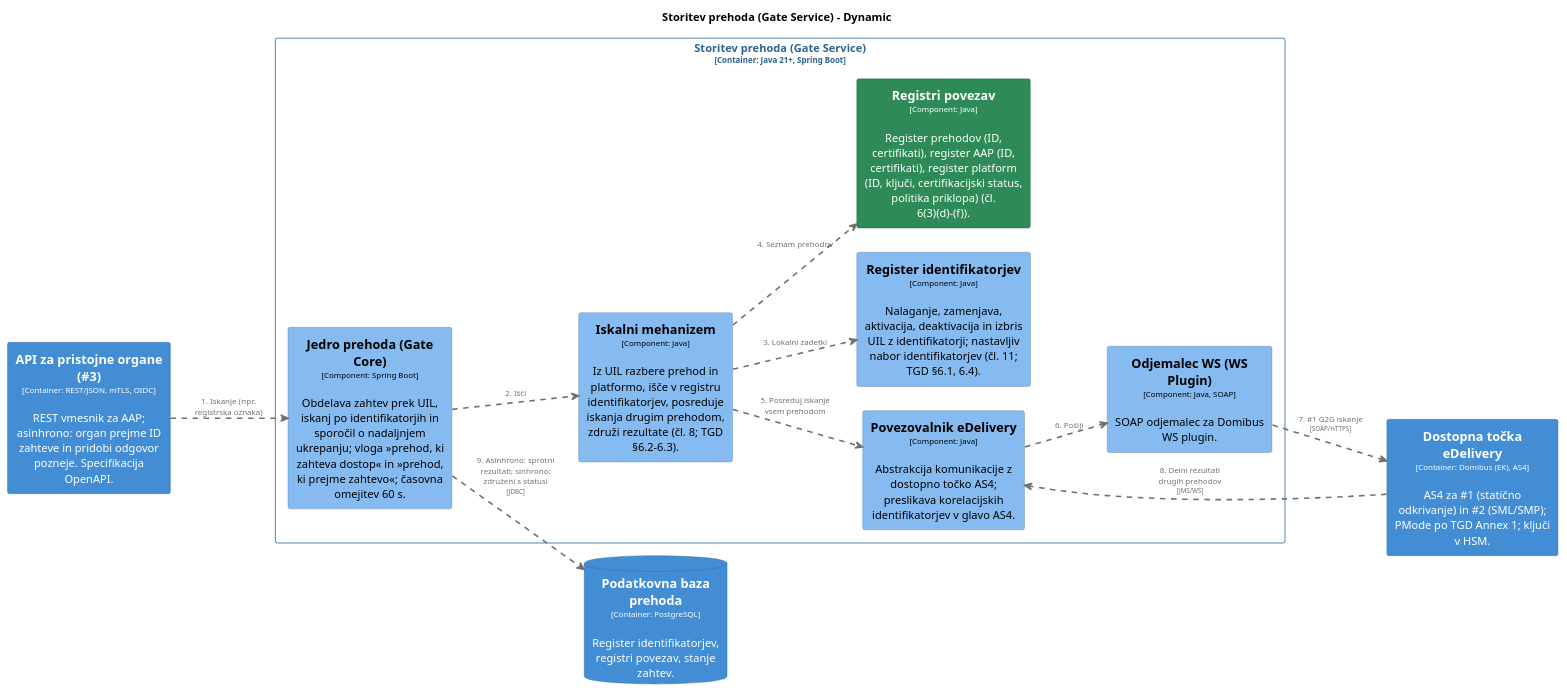
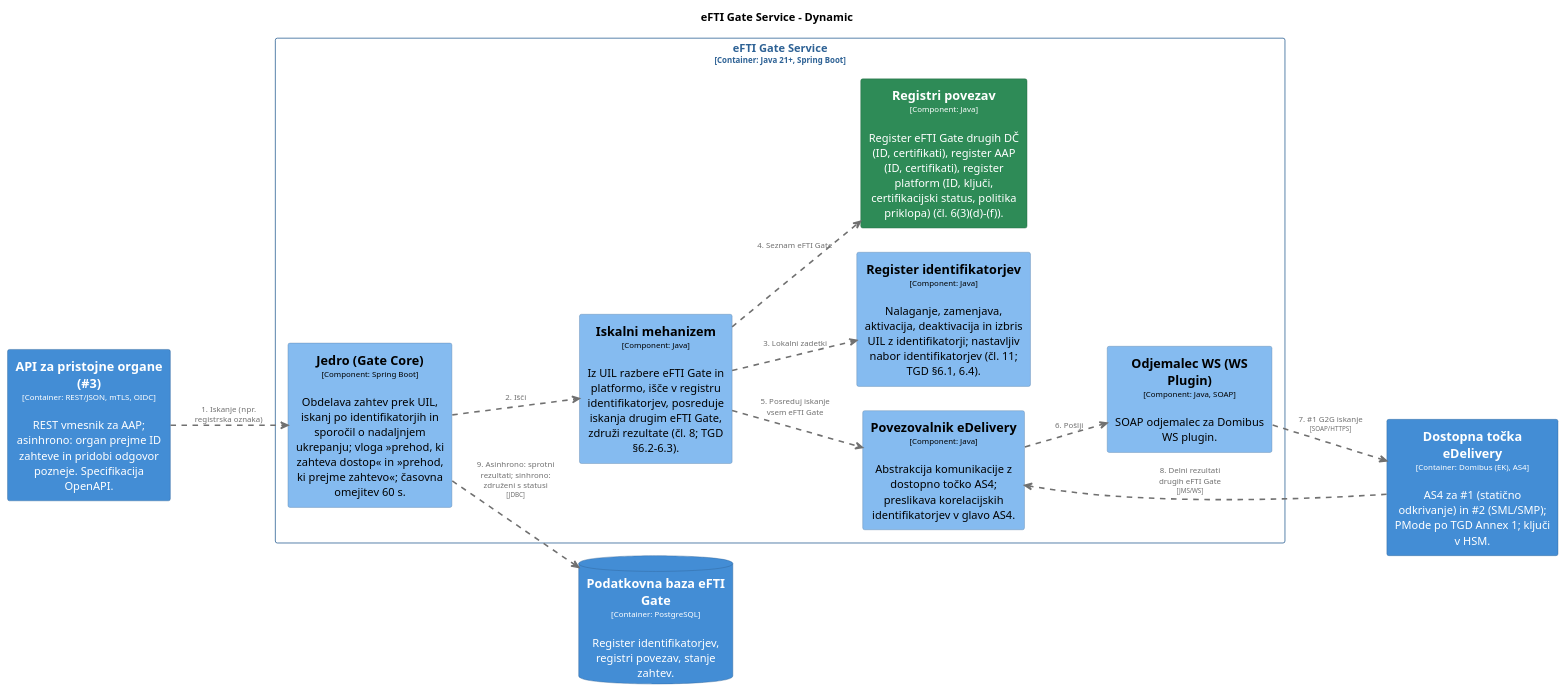
One commit to UM-KGPI/eFTI-Gate-SI changed the diagram in architecture/diagrams/structurizr-D3-Iskanje-po-identifikatorjih.puml. Above: the diagram before and after it, drawn with PlantUML. The commit also changed 24 other files, not shown here.

First line of the commit message:
C4: enotno ime "eFTI Gate" v diagramih

```diff
--- a/architecture/diagrams/structurizr-D3-Iskanje-po-identifikatorjih.puml
+++ b/architecture/diagrams/structurizr-D3-Iskanje-po-identifikatorjih.puml
@@ -1,100 +1,100 @@
 @startuml
 set separator none
-title Storitev prehoda (Gate Service) - Dynamic
+title eFTI Gate Service - Dynamic
 
 left to right direction
 skinparam ranksep 60
 skinparam nodesep 30
 
 skinparam {
   arrowFontSize 10
   defaultTextAlignment center
   wrapWidth 200
   maxMessageSize 100
 }
 
 hide stereotype
 
-skinparam rectangle<<SlovenskiprehodeFTI.APIzapristojneorgane3>> {
+skinparam rectangle<<eFTIGate.APIzapristojneorgane3>> {
   BackgroundColor #438dd5
   FontColor #ffffff
   BorderColor #2e6295
   shadowing false
 }
-skinparam rectangle<<SlovenskiprehodeFTI.DostopnatočkaeDelivery>> {
+skinparam rectangle<<eFTIGate.DostopnatočkaeDelivery>> {
   BackgroundColor #438dd5
   FontColor #ffffff
   BorderColor #2e6295
   shadowing false
 }
-skinparam rectangle<<SlovenskiprehodeFTI.StoritevprehodaGateService.Iskalnimehanizem>> {
+skinparam rectangle<<eFTIGate.eFTIGateService.Iskalnimehanizem>> {
   BackgroundColor #85bbf0
   FontColor #000000
   BorderColor #5d82a8
   shadowing false
 }
-skinparam rectangle<<SlovenskiprehodeFTI.StoritevprehodaGateService.JedroprehodaGateCore>> {
+skinparam rectangle<<eFTIGate.eFTIGateService.JedroGateCore>> {
   BackgroundColor #85bbf0
   FontColor #000000
   BorderColor #5d82a8
   shadowing false
 }
-skinparam rectangle<<SlovenskiprehodeFTI.StoritevprehodaGateService.OdjemalecWSWSPlugin>> {
+skinparam rectangle<<eFTIGate.eFTIGateService.OdjemalecWSWSPlugin>> {
   BackgroundColor #85bbf0
   FontColor #000000
   BorderColor #5d82a8
   shadowing false
 }
-skinparam database<<SlovenskiprehodeFTI.Podatkovnabazaprehoda>> {
+skinparam database<<eFTIGate.PodatkovnabazaeFTIGate>> {
   BackgroundColor #438dd5
   FontColor #ffffff
   BorderColor #2e6295
   shadowing false
 }
-skinparam rectangle<<SlovenskiprehodeFTI.StoritevprehodaGateService.PovezovalnikeDelivery>> {
+skinparam rectangle<<eFTIGate.eFTIGateService.PovezovalnikeDelivery>> {
   BackgroundColor #85bbf0
   FontColor #000000
   BorderColor #5d82a8
   shadowing false
 }
-skinparam rectangle<<SlovenskiprehodeFTI.StoritevprehodaGateService.Registeridentifikatorjev>> {
+skinparam rectangle<<eFTIGate.eFTIGateService.Registeridentifikatorjev>> {
   BackgroundColor #85bbf0
   FontColor #000000
   BorderColor #5d82a8
   shadowing false
 }
-skinparam rectangle<<SlovenskiprehodeFTI.StoritevprehodaGateService.Registripovezav>> {
+skinparam rectangle<<eFTIGate.eFTIGateService.Registripovezav>> {
   BackgroundColor #2e8b57
   FontColor #ffffff
   BorderColor #20613c
   shadowing false
 }
-skinparam rectangle<<SlovenskiprehodeFTI.StoritevprehodaGateService>> {
+skinparam rectangle<<eFTIGate.eFTIGateService>> {
   BorderColor #2e6295
   FontColor #2e6295
   shadowing false
 }
 
-rectangle "Storitev prehoda (Gate Service)\n<size:10>[Container: Java 21+, Spring Boot]</size>" <<SlovenskiprehodeFTI.StoritevprehodaGateService>> {
-  rectangle "==Povezovalnik eDelivery\n<size:10>[Component: Java]</size>\n\nAbstrakcija komunikacije z dostopno točko AS4; preslikava korelacijskih identifikatorjev v glavo AS4." <<SlovenskiprehodeFTI.StoritevprehodaGateService.PovezovalnikeDelivery>> as SlovenskiprehodeFTI.StoritevprehodaGateService.PovezovalnikeDelivery
-  rectangle "==Odjemalec WS (WS Plugin)\n<size:10>[Component: Java, SOAP]</size>\n\nSOAP odjemalec za Domibus WS plugin." <<SlovenskiprehodeFTI.StoritevprehodaGateService.OdjemalecWSWSPlugin>> as SlovenskiprehodeFTI.StoritevprehodaGateService.OdjemalecWSWSPlugin
-  rectangle "==Jedro prehoda (Gate Core)\n<size:10>[Component: Spring Boot]</size>\n\nObdelava zahtev prek UIL, iskanj po identifikatorjih in sporočil o nadaljnjem ukrepanju; vloga »prehod, ki zahteva dostop« in »prehod, ki prejme zahtevo«; časovna omejitev 60 s." <<SlovenskiprehodeFTI.StoritevprehodaGateService.JedroprehodaGateCore>> as SlovenskiprehodeFTI.StoritevprehodaGateService.JedroprehodaGateCore
-  rectangle "==Iskalni mehanizem\n<size:10>[Component: Java]</size>\n\nIz UIL razbere prehod in platformo, išče v registru identifikatorjev, posreduje iskanja drugim prehodom, združi rezultate (čl. 8; TGD §6.2–6.3)." <<SlovenskiprehodeFTI.StoritevprehodaGateService.Iskalnimehanizem>> as SlovenskiprehodeFTI.StoritevprehodaGateService.Iskalnimehanizem
-  rectangle "==Register identifikatorjev\n<size:10>[Component: Java]</size>\n\nNalaganje, zamenjava, aktivacija, deaktivacija in izbris UIL z identifikatorji; nastavljiv nabor identifikatorjev (čl. 11; TGD §6.1, 6.4)." <<SlovenskiprehodeFTI.StoritevprehodaGateService.Registeridentifikatorjev>> as SlovenskiprehodeFTI.StoritevprehodaGateService.Registeridentifikatorjev
-  rectangle "==Registri povezav\n<size:10>[Component: Java]</size>\n\nRegister prehodov (ID, certifikati), register AAP (ID, certifikati), register platform (ID, ključi, certifikacijski status, politika priklopa) (čl. 6(3)(d)–(f))." <<SlovenskiprehodeFTI.StoritevprehodaGateService.Registripovezav>> as SlovenskiprehodeFTI.StoritevprehodaGateService.Registripovezav
+rectangle "eFTI Gate Service\n<size:10>[Container: Java 21+, Spring Boot]</size>" <<eFTIGate.eFTIGateService>> {
+  rectangle "==Povezovalnik eDelivery\n<size:10>[Component: Java]</size>\n\nAbstrakcija komunikacije z dostopno točko AS4; preslikava korelacijskih identifikatorjev v glavo AS4." <<eFTIGate.eFTIGateService.PovezovalnikeDelivery>> as eFTIGate.eFTIGateService.PovezovalnikeDelivery
+  rectangle "==Odjemalec WS (WS Plugin)\n<size:10>[Component: Java, SOAP]</size>\n\nSOAP odjemalec za Domibus WS plugin." <<eFTIGate.eFTIGateService.OdjemalecWSWSPlugin>> as eFTIGate.eFTIGateService.OdjemalecWSWSPlugin
+  rectangle "==Jedro (Gate Core)\n<size:10>[Component: Spring Boot]</size>\n\nObdelava zahtev prek UIL, iskanj po identifikatorjih in sporočil o nadaljnjem ukrepanju; vloga »prehod, ki zahteva dostop« in »prehod, ki prejme zahtevo«; časovna omejitev 60 s." <<eFTIGate.eFTIGateService.JedroGateCore>> as eFTIGate.eFTIGateService.JedroGateCore
+  rectangle "==Iskalni mehanizem\n<size:10>[Component: Java]</size>\n\nIz UIL razbere eFTI Gate in platformo, išče v registru identifikatorjev, posreduje iskanja drugim eFTI Gate, združi rezultate (čl. 8; TGD §6.2–6.3)." <<eFTIGate.eFTIGateService.Iskalnimehanizem>> as eFTIGate.eFTIGateService.Iskalnimehanizem
+  rectangle "==Register identifikatorjev\n<size:10>[Component: Java]</size>\n\nNalaganje, zamenjava, aktivacija, deaktivacija in izbris UIL z identifikatorji; nastavljiv nabor identifikatorjev (čl. 11; TGD §6.1, 6.4)." <<eFTIGate.eFTIGateService.Registeridentifikatorjev>> as eFTIGate.eFTIGateService.Registeridentifikatorjev
+  rectangle "==Registri povezav\n<size:10>[Component: Java]</size>\n\nRegister eFTI Gate drugih DČ (ID, certifikati), register AAP (ID, certifikati), register platform (ID, ključi, certifikacijski status, politika priklopa) (čl. 6(3)(d)–(f))." <<eFTIGate.eFTIGateService.Registripovezav>> as eFTIGate.eFTIGateService.Registripovezav
 }
 
-rectangle "==API za pristojne organe (#3)\n<size:10>[Container: REST/JSON, mTLS, OIDC]</size>\n\nREST vmesnik za AAP; asinhrono: organ prejme ID zahteve in pridobi odgovor pozneje. Specifikacija OpenAPI." <<SlovenskiprehodeFTI.APIzapristojneorgane3>> as SlovenskiprehodeFTI.APIzapristojneorgane3
-database "==Podatkovna baza prehoda\n<size:10>[Container: PostgreSQL]</size>\n\nRegister identifikatorjev, registri povezav, stanje zahtev." <<SlovenskiprehodeFTI.Podatkovnabazaprehoda>> as SlovenskiprehodeFTI.Podatkovnabazaprehoda
-rectangle "==Dostopna točka eDelivery\n<size:10>[Container: Domibus (EK), AS4]</size>\n\nAS4 za #1 (statično odkrivanje) in #2 (SML/SMP); PMode po TGD Annex 1; ključi v HSM." <<SlovenskiprehodeFTI.DostopnatočkaeDelivery>> as SlovenskiprehodeFTI.DostopnatočkaeDelivery
+rectangle "==API za pristojne organe (#3)\n<size:10>[Container: REST/JSON, mTLS, OIDC]</size>\n\nREST vmesnik za AAP; asinhrono: organ prejme ID zahteve in pridobi odgovor pozneje. Specifikacija OpenAPI." <<eFTIGate.APIzapristojneorgane3>> as eFTIGate.APIzapristojneorgane3
+database "==Podatkovna baza eFTI Gate\n<size:10>[Container: PostgreSQL]</size>\n\nRegister identifikatorjev, registri povezav, stanje zahtev." <<eFTIGate.PodatkovnabazaeFTIGate>> as eFTIGate.PodatkovnabazaeFTIGate
+rectangle "==Dostopna točka eDelivery\n<size:10>[Container: Domibus (EK), AS4]</size>\n\nAS4 za #1 (statično odkrivanje) in #2 (SML/SMP); PMode po TGD Annex 1; ključi v HSM." <<eFTIGate.DostopnatočkaeDelivery>> as eFTIGate.DostopnatočkaeDelivery
 
-SlovenskiprehodeFTI.APIzapristojneorgane3 .[#707070,thickness=2].> SlovenskiprehodeFTI.StoritevprehodaGateService.JedroprehodaGateCore : "<color:#707070>1. Iskanje (npr. registrska oznaka)"
-SlovenskiprehodeFTI.StoritevprehodaGateService.JedroprehodaGateCore .[#707070,thickness=2].> SlovenskiprehodeFTI.StoritevprehodaGateService.Iskalnimehanizem : "<color:#707070>2. Išči"
-SlovenskiprehodeFTI.StoritevprehodaGateService.Iskalnimehanizem .[#707070,thickness=2].> SlovenskiprehodeFTI.StoritevprehodaGateService.Registeridentifikatorjev : "<color:#707070>3. Lokalni zadetki"
-SlovenskiprehodeFTI.StoritevprehodaGateService.Iskalnimehanizem .[#707070,thickness=2].> SlovenskiprehodeFTI.StoritevprehodaGateService.Registripovezav : "<color:#707070>4. Seznam prehodov"
-SlovenskiprehodeFTI.StoritevprehodaGateService.Iskalnimehanizem .[#707070,thickness=2].> SlovenskiprehodeFTI.StoritevprehodaGateService.PovezovalnikeDelivery : "<color:#707070>5. Posreduj iskanje vsem prehodom"
-SlovenskiprehodeFTI.StoritevprehodaGateService.PovezovalnikeDelivery .[#707070,thickness=2].> SlovenskiprehodeFTI.StoritevprehodaGateService.OdjemalecWSWSPlugin : "<color:#707070>6. Pošlji"
-SlovenskiprehodeFTI.StoritevprehodaGateService.OdjemalecWSWSPlugin .[#707070,thickness=2].> SlovenskiprehodeFTI.DostopnatočkaeDelivery : "<color:#707070>7. #1 G2G iskanje\n<color:#707070><size:8>[SOAP/HTTPS]</size>"
-SlovenskiprehodeFTI.DostopnatočkaeDelivery .[#707070,thickness=2].> SlovenskiprehodeFTI.StoritevprehodaGateService.PovezovalnikeDelivery : "<color:#707070>8. Delni rezultati drugih prehodov\n<color:#707070><size:8>[JMS/WS]</size>"
-SlovenskiprehodeFTI.StoritevprehodaGateService.JedroprehodaGateCore .[#707070,thickness=2].> SlovenskiprehodeFTI.Podatkovnabazaprehoda : "<color:#707070>9. Asinhrono: sprotni rezultati; sinhrono: združeni s statusi\n<color:#707070><size:8>[JDBC]</size>"
+eFTIGate.APIzapristojneorgane3 .[#707070,thickness=2].> eFTIGate.eFTIGateService.JedroGateCore : "<color:#707070>1. Iskanje (npr. registrska oznaka)"
+eFTIGate.eFTIGateService.JedroGateCore .[#707070,thickness=2].> eFTIGate.eFTIGateService.Iskalnimehanizem : "<color:#707070>2. Išči"
+eFTIGate.eFTIGateService.Iskalnimehanizem .[#707070,thickness=2].> eFTIGate.eFTIGateService.Registeridentifikatorjev : "<color:#707070>3. Lokalni zadetki"
+eFTIGate.eFTIGateService.Iskalnimehanizem .[#707070,thickness=2].> eFTIGate.eFTIGateService.Registripovezav : "<color:#707070>4. Seznam eFTI Gate"
+eFTIGate.eFTIGateService.Iskalnimehanizem .[#707070,thickness=2].> eFTIGate.eFTIGateService.PovezovalnikeDelivery : "<color:#707070>5. Posreduj iskanje vsem eFTI Gate"
+eFTIGate.eFTIGateService.PovezovalnikeDelivery .[#707070,thickness=2].> eFTIGate.eFTIGateService.OdjemalecWSWSPlugin : "<color:#707070>6. Pošlji"
+eFTIGate.eFTIGateService.OdjemalecWSWSPlugin .[#707070,thickness=2].> eFTIGate.DostopnatočkaeDelivery : "<color:#707070>7. #1 G2G iskanje\n<color:#707070><size:8>[SOAP/HTTPS]</size>"
+eFTIGate.DostopnatočkaeDelivery .[#707070,thickness=2].> eFTIGate.eFTIGateService.PovezovalnikeDelivery : "<color:#707070>8. Delni rezultati drugih eFTI Gate\n<color:#707070><size:8>[JMS/WS]</size>"
+eFTIGate.eFTIGateService.JedroGateCore .[#707070,thickness=2].> eFTIGate.PodatkovnabazaeFTIGate : "<color:#707070>9. Asinhrono: sprotni rezultati; sinhrono: združeni s statusi\n<color:#707070><size:8>[JDBC]</size>"
 @enduml
```
